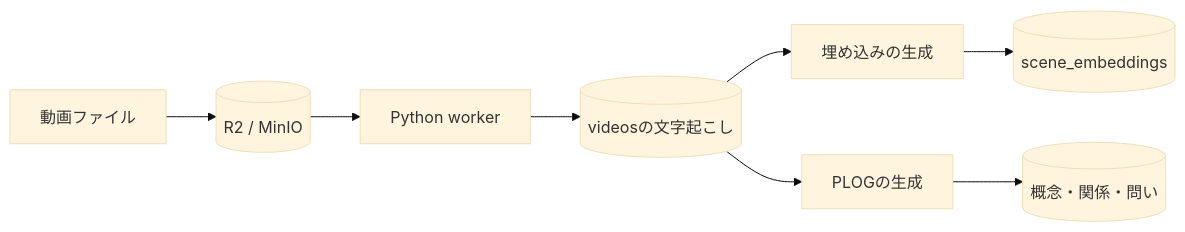
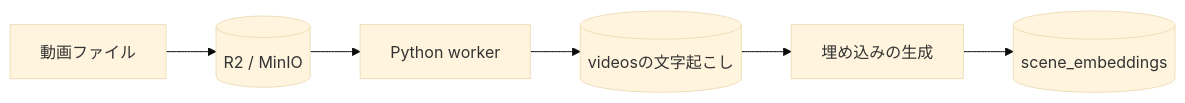
One commit to yukiharada1228/videoq changed the first of 2 diagrams in apps/docs/i18n/ja/docusaurus-plugin-content-docs/current/database/data-flow-diagram.md. Above: the diagram before and after it, drawn with Mermaid (base theme). The commit also changed other lines of this file and 173 other files, not shown here.

````diff
--- a/apps/docs/i18n/ja/docusaurus-plugin-content-docs/current/database/data-flow-diagram.md
+++ b/apps/docs/i18n/ja/docusaurus-plugin-content-docs/current/database/data-flow-diagram.md
@@ -12,10 +12,8 @@
 ```mermaid
 flowchart LR
     File[動画ファイル] --> Store[(R2 / MinIO)]
     Store --> Worker[Python worker]
     Worker --> Transcript[(videosの文字起こし)]
     Transcript --> Index[埋め込みの生成]
     Index --> Scenes[(scene_embeddings)]
-    Transcript --> Plog[PLOGの生成]
-    Plog --> Concepts[(概念・関係・問い)]
 ```
````
